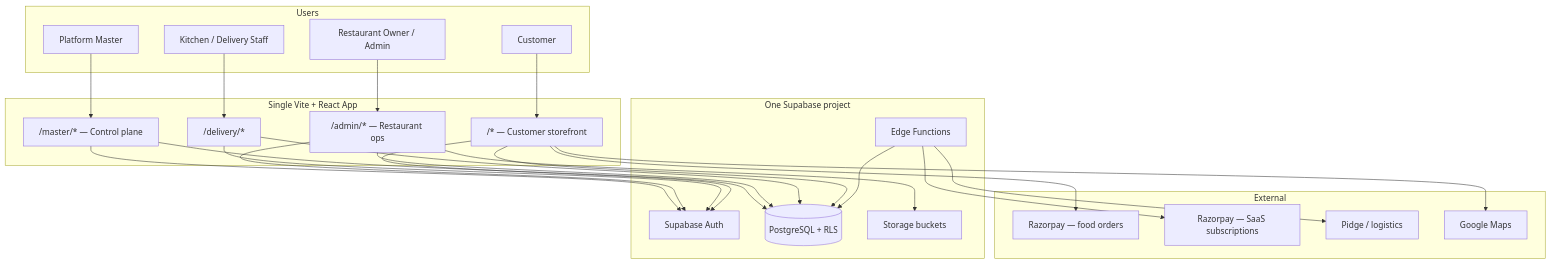
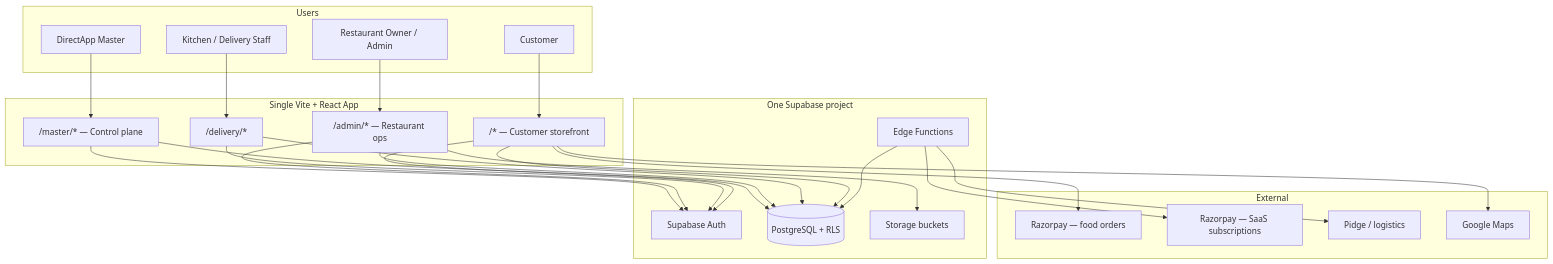
One commit to codekitchenai-wq/taste-of-andhra changed the first of 5 diagrams in docs/SAAS_MULTI_TENANT_ARCHITECTURE.md. Above: the diagram before and after it, drawn with Mermaid. The commit also changed 22 other files, not shown here.

Commit message:
Brand platform Master as DirectApp instead of Taste of Andhra.

````diff
--- a/docs/SAAS_MULTI_TENANT_ARCHITECTURE.md
+++ b/docs/SAAS_MULTI_TENANT_ARCHITECTURE.md
@@ -43,51 +43,51 @@
 ```mermaid
 flowchart TB
   subgraph Users
-    Master[Platform Master]
+    Master[DirectApp Master]
     Owner[Restaurant Owner / Admin]
     Staff[Kitchen / Delivery Staff]
     Customer[Customer]
   end
 
   subgraph App["Single Vite + React App"]
     MasterUI["/master/* — Control plane"]
     AdminUI["/admin/* — Restaurant ops"]
     DeliveryUI["/delivery/*"]
     Storefront["/* — Customer storefront"]
   end
 
   subgraph Supabase["One Supabase project"]
     Auth[Supabase Auth]
     DB[(PostgreSQL + RLS)]
     Edge[Edge Functions]
     Storage[Storage buckets]
   end
 
   subgraph External
     RazorpayFood[Razorpay — food orders]
     RazorpaySub[Razorpay — SaaS subscriptions]
     Pidge[Pidge / logistics]
     Maps[Google Maps]
   end
 
   Master --> MasterUI
   Owner --> AdminUI
   Staff --> DeliveryUI
   Customer --> Storefront
 
   MasterUI --> Auth
   AdminUI --> Auth
   DeliveryUI --> Auth
   Storefront --> Auth
 
   MasterUI --> DB
   AdminUI --> DB
   DeliveryUI --> DB
   Storefront --> DB
   Edge --> DB
   Edge --> Pidge
   Edge --> RazorpaySub
   Storefront --> RazorpayFood
   Storefront --> Maps
   AdminUI --> Storage
 ```
````
